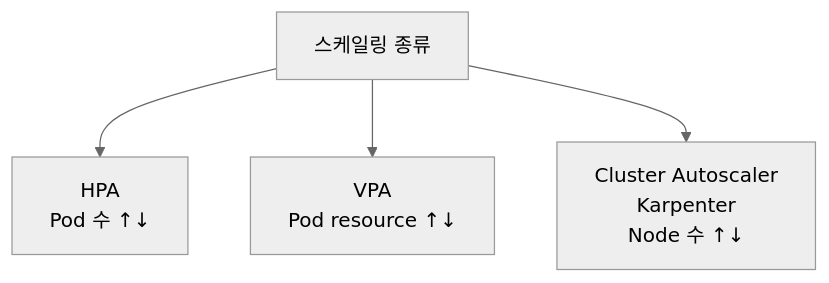
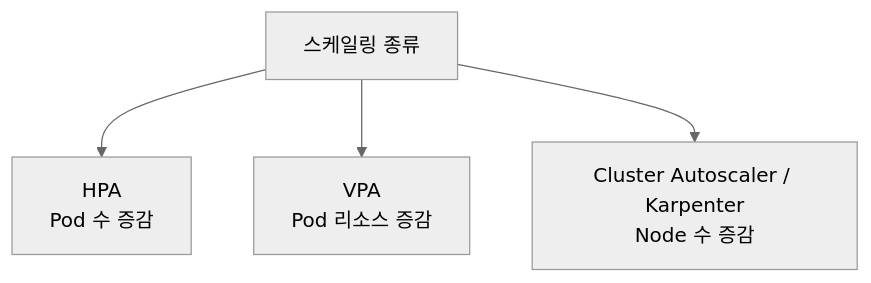
One commit to shinkeonkim/shinkeonkim.github.io changed the first of 4 diagrams in src/content/wiki/kubernetes/k8s-hpa-vpa.mdx. Above: the diagram before and after it, drawn with Mermaid (neutral theme). The commit also changed other lines of this file and 526 other files, not shown here.

First line of the commit message:
content(wiki): 전수조사 및 대규모 보강 (짧은 파일 0, mermaid +645)

````diff
--- a/src/content/wiki/kubernetes/k8s-hpa-vpa.mdx
+++ b/src/content/wiki/kubernetes/k8s-hpa-vpa.mdx
@@ -18,7 +28,7 @@
 ```mermaid
 flowchart TB
     Q[스케일링 종류]
-    Q --> HPA[HPA<br/>Pod 수 ↑↓]
-    Q --> VPA[VPA<br/>Pod resource ↑↓]
-    Q --> CA[Cluster Autoscaler<br/>Karpenter<br/>Node 수 ↑↓]
+    Q --> HPA["HPA<br/>Pod 수 증감"]
+    Q --> VPA["VPA<br/>Pod 리소스 증감"]
+    Q --> CA["Cluster Autoscaler / Karpenter<br/>Node 수 증감"]
 ```
````
